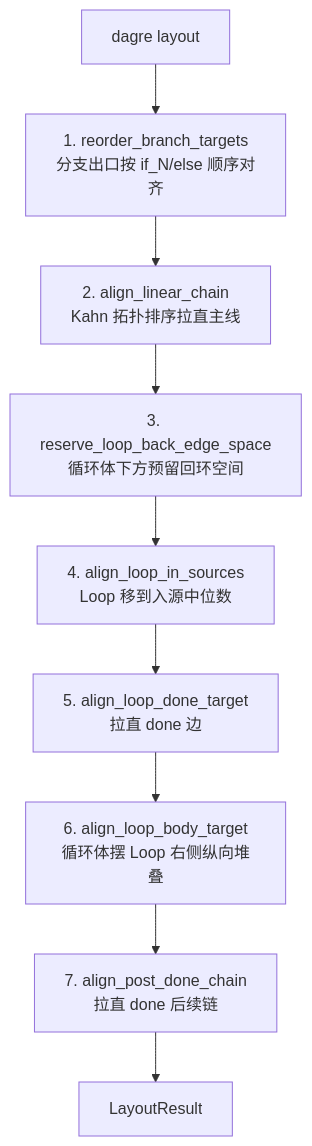
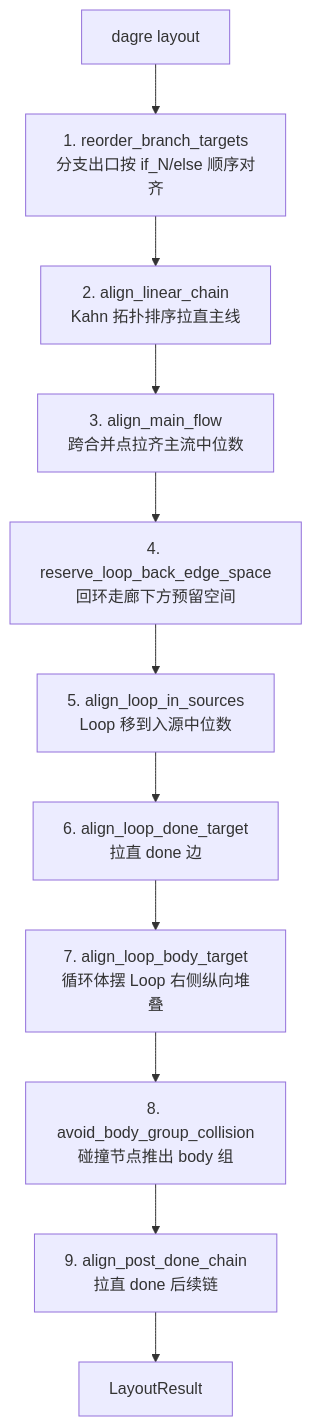
Before and after one commit to Rust-Framework/rust-flow: the diagram in docs/rust-agent-flow/07-geometry-layout/dagre-layout.md, drawn with Mermaid. The commit also changed other lines of this file and 39 other files, not shown here.

````diff
--- a/docs/rust-agent-flow/07-geometry-layout/dagre-layout.md
+++ b/docs/rust-agent-flow/07-geometry-layout/dagre-layout.md
@@ -102,11 +102,13 @@
 ```mermaid
 flowchart TB
   D[dagre layout] --> B1[1. reorder_branch_targets<br/>分支出口按 if_N/else 顺序对齐]
   B1 --> B2[2. align_linear_chain<br/>Kahn 拓扑排序拉直主线]
-  B2 --> B3[3. reserve_loop_back_edge_space<br/>循环体下方预留回环空间]
-  B3 --> B4[4. align_loop_in_sources<br/>Loop 移到入源中位数]
-  B4 --> B5[5. align_loop_done_target<br/>拉直 done 边]
-  B5 --> B6[6. align_loop_body_target<br/>循环体摆 Loop 右侧纵向堆叠]
-  B6 --> B7[7. align_post_done_chain<br/>拉直 done 后续链]
-  B7 --> R[LayoutResult]
+  B2 --> B3[3. align_main_flow<br/>跨合并点拉齐主流中位数]
+  B3 --> B4[4. reserve_loop_back_edge_space<br/>回环走廊下方预留空间]
+  B4 --> B5[5. align_loop_in_sources<br/>Loop 移到入源中位数]
+  B5 --> B6[6. align_loop_done_target<br/>拉直 done 边]
+  B6 --> B7[7. align_loop_body_target<br/>循环体摆 Loop 右侧纵向堆叠]
+  B7 --> B8[8. avoid_body_group_collision<br/>碰撞节点推出 body 组]
+  B8 --> B9[9. align_post_done_chain<br/>拉直 done 后续链]
+  B9 --> R[LayoutResult]
 ```
````
